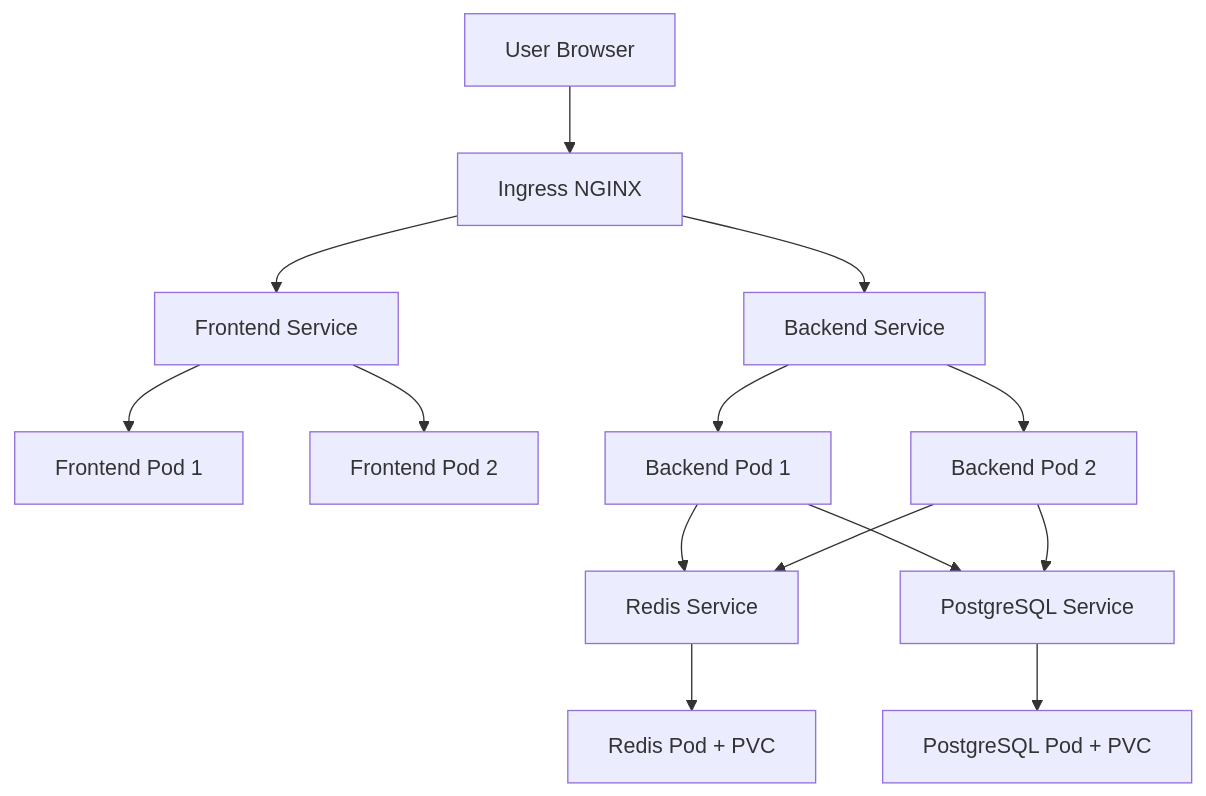
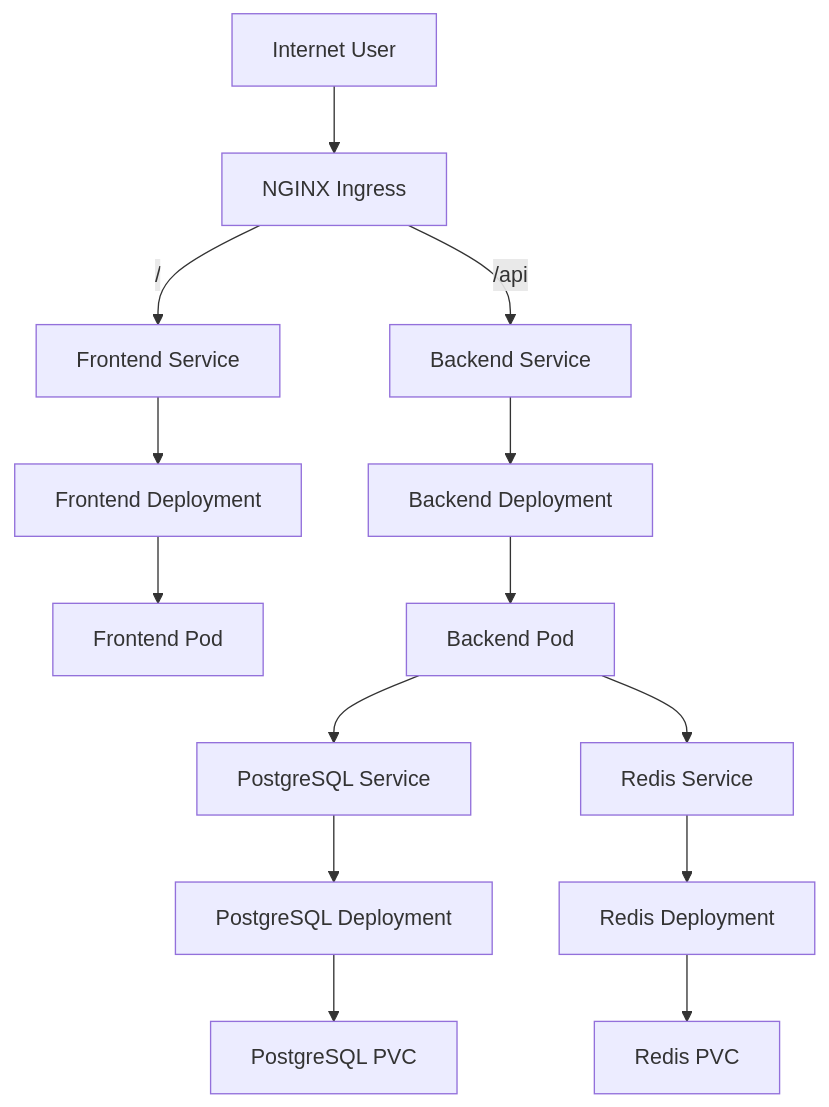
One commit to biswass101/devOps-Capston-project changed the diagram in docs/Kubernetes_Architecture.md. Above: the diagram before and after it, drawn with Mermaid. The commit also changed other lines of this file and 29 other files, not shown here.

````diff
--- a/docs/Kubernetes_Architecture.md
+++ b/docs/Kubernetes_Architecture.md
@@ -47,16 +17,16 @@
 ```mermaid
 flowchart TD
-    U[User Browser] --> I[Ingress NGINX]
-    I --> Fsvc[Frontend Service]
-    I --> Bsvc[Backend Service]
-    Fsvc --> F1[Frontend Pod 1]
-    Fsvc --> F2[Frontend Pod 2]
-    Bsvc --> B1[Backend Pod 1]
-    Bsvc --> B2[Backend Pod 2]
-    B1 --> Rsvc[Redis Service]
-    B2 --> Rsvc
-    B1 --> Psvc[PostgreSQL Service]
-    B2 --> Psvc
-    Rsvc --> Rpod[Redis Pod + PVC]
-    Psvc --> Ppod[PostgreSQL Pod + PVC]
+    U[Internet User] --> I[NGINX Ingress]
+    I -->|/| FSVC[Frontend Service]
+    I -->|/api| BSVC[Backend Service]
+    FSVC --> FDEP[Frontend Deployment]
+    BSVC --> BDEP[Backend Deployment]
+    FDEP --> FP1[Frontend Pod]
+    BDEP --> BP1[Backend Pod]
+    BP1 --> PGSVC[PostgreSQL Service]
+    BP1 --> RSVC[Redis Service]
+    PGSVC --> PGDEP[PostgreSQL Deployment]
+    RSVC --> RDEP[Redis Deployment]
+    PGDEP --> PGPVC[PostgreSQL PVC]
+    RDEP --> RPVC[Redis PVC]
 ```
````
